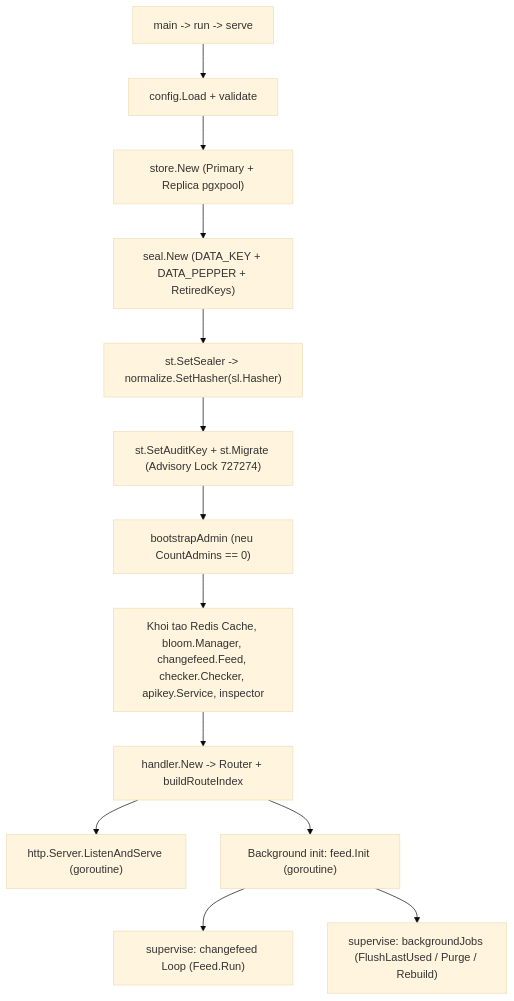
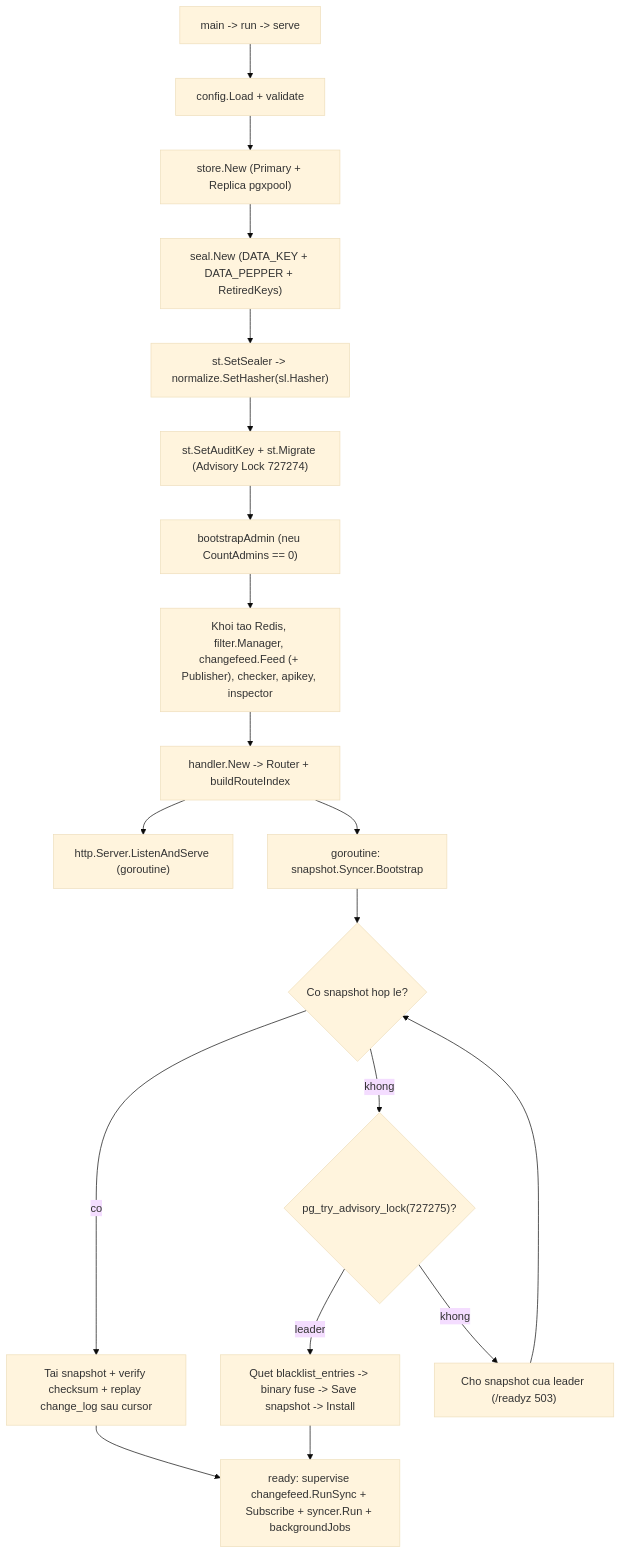
Before and after one commit to EddiesGranger03/Spam-Blacklist: the second of 4 diagrams in docs/LUONG_VA_DANH_MUC_HAM.md, drawn with Mermaid (base theme). The commit also changed other lines of this file and 95 other files, not shown here.

````diff
--- a/docs/LUONG_VA_DANH_MUC_HAM.md
+++ b/docs/LUONG_VA_DANH_MUC_HAM.md
@@ -36,15 +36,21 @@
 ```mermaid
 flowchart TD
     A["main -> run -> serve"] --> B["config.Load + validate"]
     B --> C["store.New (Primary + Replica pgxpool)"]
     C --> D["seal.New (DATA_KEY + DATA_PEPPER + RetiredKeys)"]
     D --> E["st.SetSealer -> normalize.SetHasher(sl.Hasher)"]
     E --> F["st.SetAuditKey + st.Migrate (Advisory Lock 727274)"]
     F --> G["bootstrapAdmin (neu CountAdmins == 0)"]
-    G --> H["Khoi tao Redis Cache, bloom.Manager, changefeed.Feed, checker.Checker, apikey.Service, inspector"]
+    G --> H["Khoi tao Redis, filter.Manager, changefeed.Feed (+ Publisher), checker, apikey, inspector"]
     H --> I["handler.New -> Router + buildRouteIndex"]
     I --> J["http.Server.ListenAndServe (goroutine)"]
-    I --> K["Background init: feed.Init (goroutine)"]
-    K --> L["supervise: changefeed Loop (Feed.Run)"]
-    K --> M["supervise: backgroundJobs (FlushLastUsed / Purge / Rebuild)"]
+    I --> K["goroutine: snapshot.Syncer.Bootstrap"]
+    K --> K1{"Co snapshot hop le?"}
+    K1 -->|"co"| K2["Tai snapshot + verify checksum + replay change_log sau cursor"]
+    K1 -->|"khong"| K3{"pg_try_advisory_lock(727275)?"}
+    K3 -->|"leader"| K4["Quet blacklist_entries -> binary fuse -> Save snapshot -> Install"]
+    K3 -->|"khong"| K5["Cho snapshot cua leader (/readyz 503)"]
+    K5 --> K1
+    K2 --> L["ready: supervise changefeed.RunSync + Subscribe + syncer.Run + backgroundJobs"]
+    K4 --> L
 ```
````
